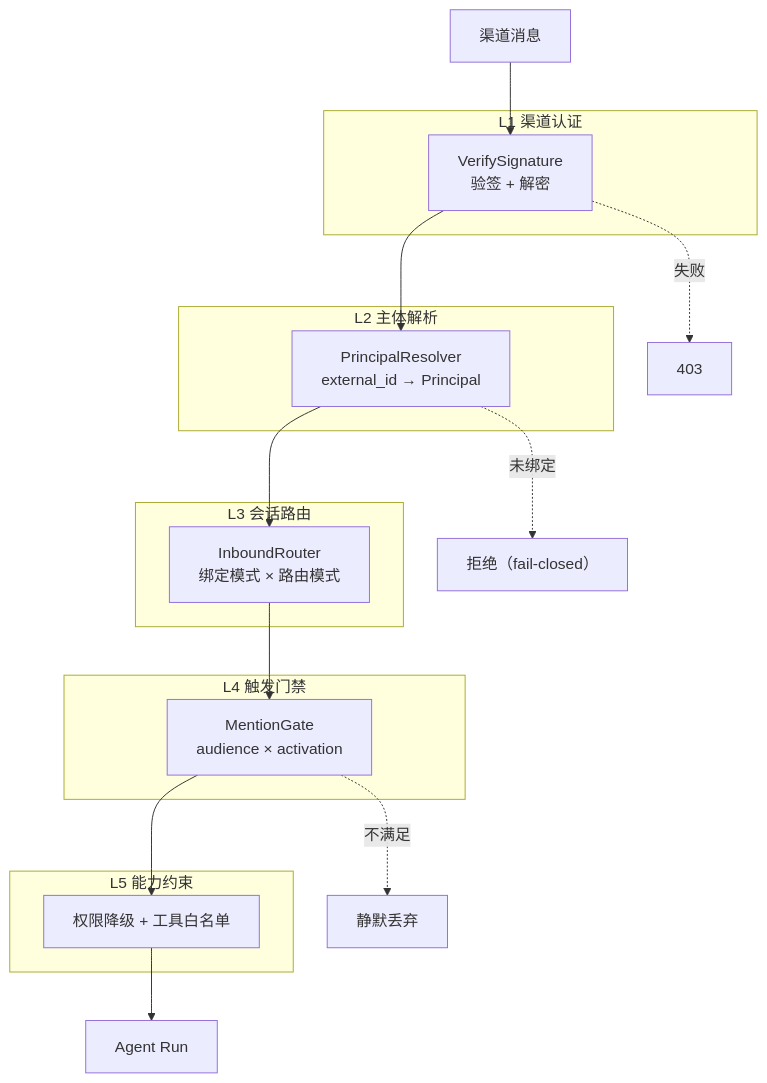
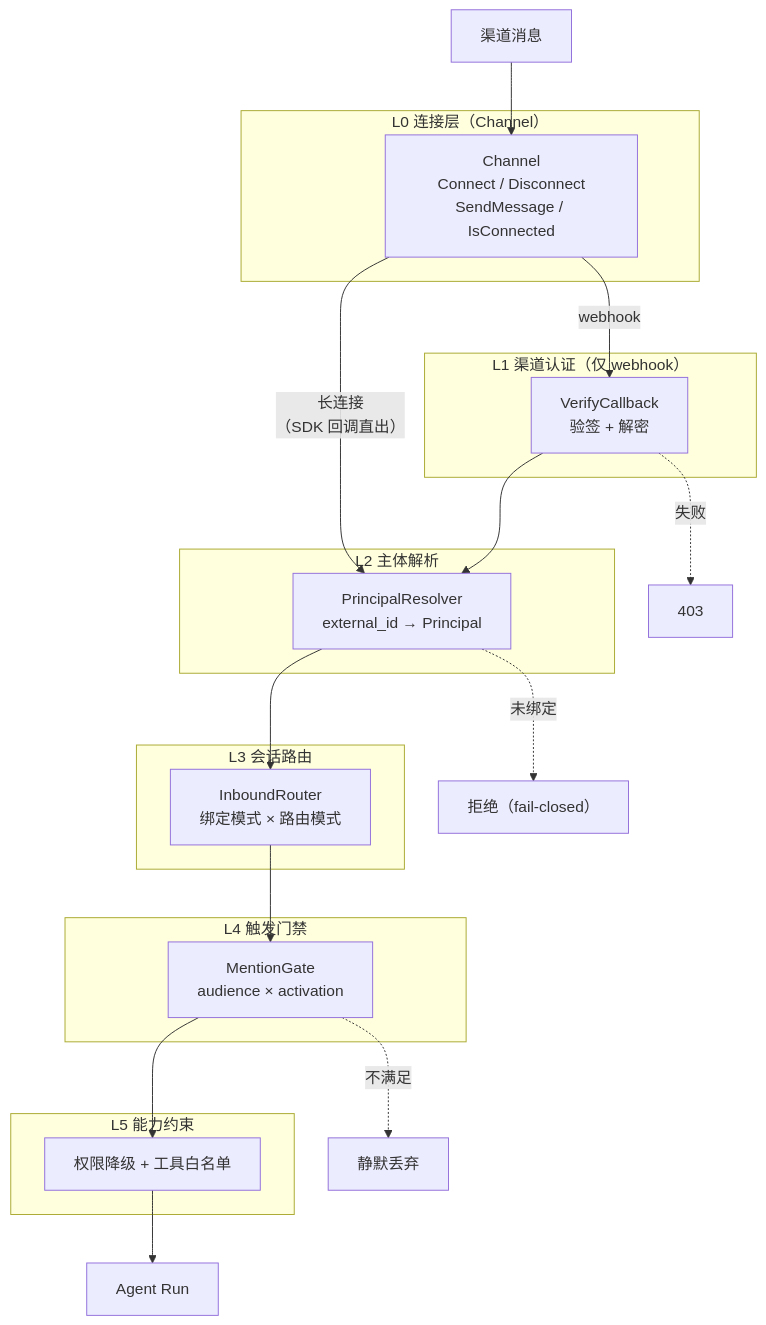
One commit to kalandramo/TaiJi changed the fifth of 6 diagrams in docs/02-设计文档.md. Above: the diagram before and after it, drawn with Mermaid. The commit also changed other lines of this file, not shown here.

````diff
--- a/docs/02-设计文档.md
+++ b/docs/02-设计文档.md
@@ -956,22 +958,28 @@
 ```mermaid
 flowchart TB
-    subgraph L1["L1 渠道认证"]
-        VS["VerifySignature<br/>验签 + 解密"]
+    subgraph L0["L0 连接层（Channel）"]
+        CONN["Channel<br/>Connect / Disconnect<br/>SendMessage / IsConnected"]
+    end
+    subgraph L1["L1 渠道认证（仅 webhook）"]
+        VS["VerifyCallback<br/>验签 + 解密"]
     end
     subgraph L2["L2 主体解析"]
         PR["PrincipalResolver<br/>external_id → Principal"]
     end
     subgraph L3["L3 会话路由"]
         RT["InboundRouter<br/>绑定模式 × 路由模式"]
     end
     subgraph L4["L4 触发门禁"]
         MG["MentionGate<br/>audience × activation"]
     end
     subgraph L5["L5 能力约束"]
         CAP["权限降级 + 工具白名单"]
     end
-    MSG["渠道消息"] --> VS --> PR --> RT --> MG --> CAP --> RUN["Agent Run"]
+    MSG["渠道消息"] --> CONN
+    CONN -->|"webhook"| VS --> PR
+    CONN -->|"长连接<br/>（SDK 回调直出）"| PR
+    PR --> RT --> MG --> CAP --> RUN["Agent Run"]
     VS -.->|"失败"| X1["403"]
     PR -.->|"未绑定"| X2["拒绝（fail-closed）"]
     MG -.->|"不满足"| X3["静默丢弃"]
 ```
````
